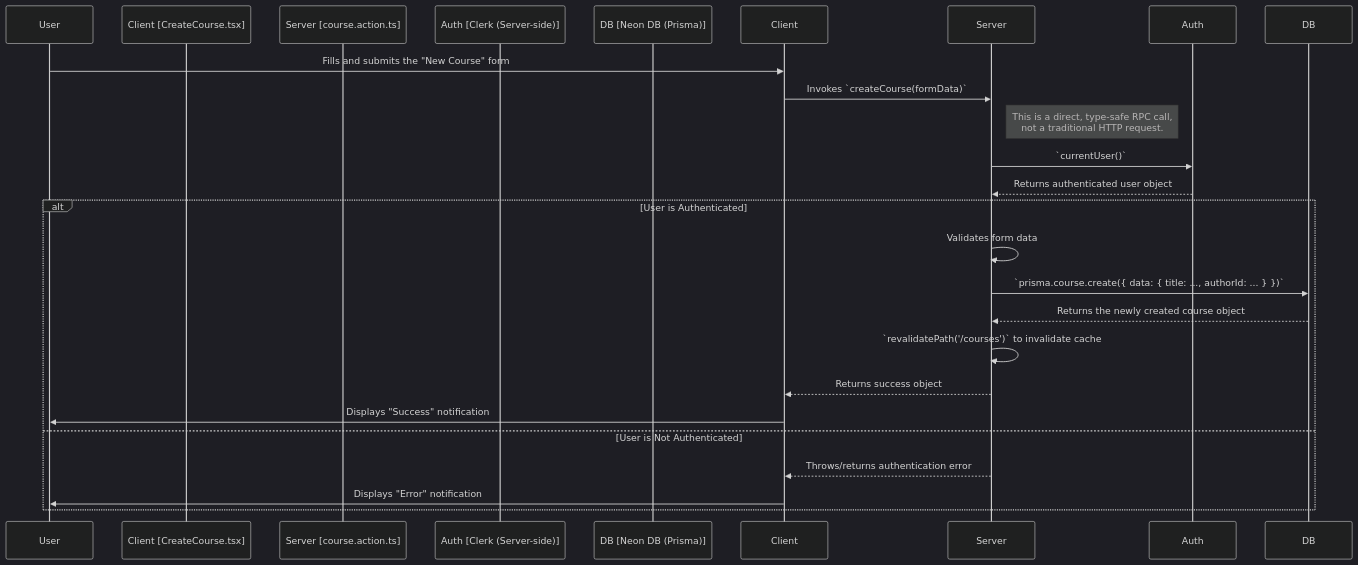
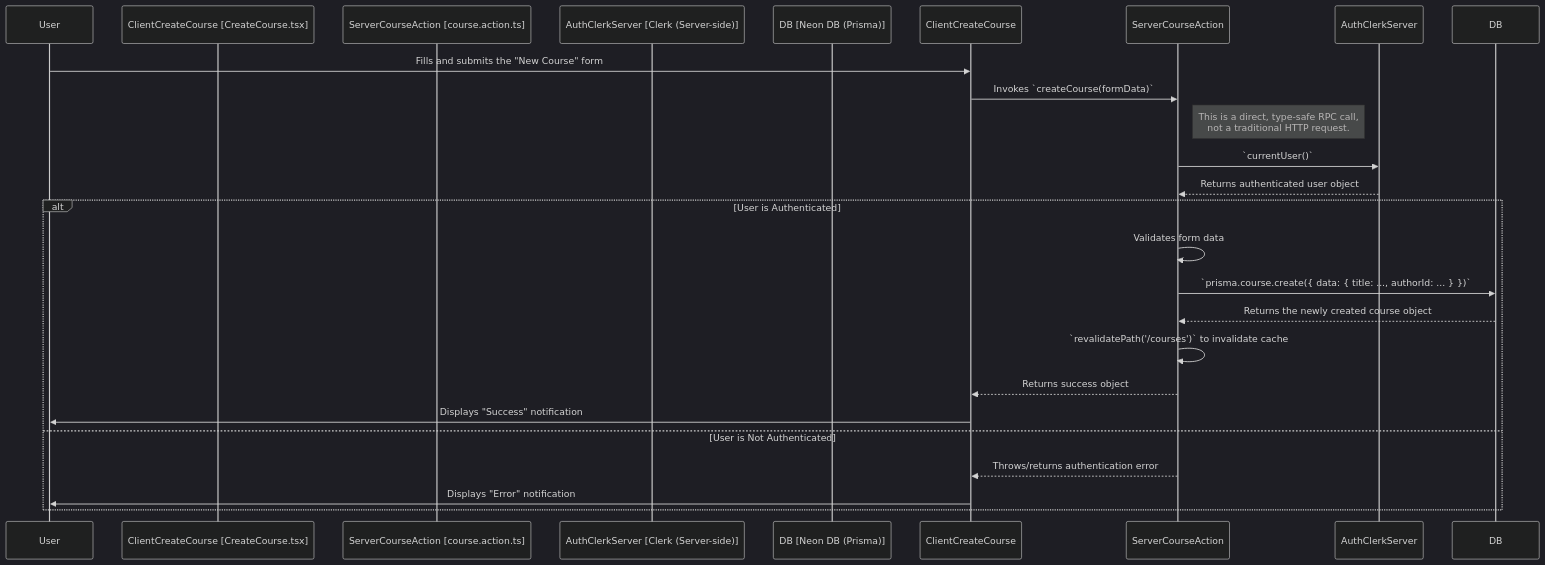
Before and after one commit to UE5DefaultDev/sharehive: the second of 4 diagrams in docs/data-flow.md, drawn with Mermaid (dark theme). The commit also changed other lines of this file and 7 other files, not shown here.

Commit message:
fixed mermaid errors

````diff
--- a/docs/data-flow.md
+++ b/docs/data-flow.md
@@ -53,26 +53,26 @@
 ```mermaid
 sequenceDiagram
     participant User
-    participant Client [CreateCourse.tsx]
-    participant Server [course.action.ts]
-    participant Auth [Clerk (Server-side)]
+    participant ClientCreateCourse [CreateCourse.tsx]
+    participant ServerCourseAction [course.action.ts]
+    participant AuthClerkServer [Clerk (Server-side)]
     participant DB [Neon DB (Prisma)]
 
-    User->>Client: Fills and submits the "New Course" form
-    Client->>Server: Invokes `createCourse(formData)`
-    note right of Server: This is a direct, type-safe RPC call,<br>not a traditional HTTP request.
+    User->>ClientCreateCourse: Fills and submits the "New Course" form
+    ClientCreateCourse->>ServerCourseAction: Invokes `createCourse(formData)`
+    note right of ServerCourseAction: This is a direct, type-safe RPC call,<br/>not a traditional HTTP request.
 
-    Server->>Auth: `currentUser()`
-    Auth-->>Server: Returns authenticated user object
+    ServerCourseAction->>AuthClerkServer: `currentUser()`
+    AuthClerkServer-->>ServerCourseAction: Returns authenticated user object
     alt User is Authenticated
-        Server->>Server: Validates form data
-        Server->>DB: `prisma.course.create({ data: { title: ..., authorId: ... } })`
-        DB-->>Server: Returns the newly created course object
-        Server->>Server: `revalidatePath('/courses')` to invalidate cache
-        Server-->>Client: Returns success object
-        Client->>User: Displays "Success" notification
+        ServerCourseAction->>ServerCourseAction: Validates form data
+        ServerCourseAction->>DB: `prisma.course.create({ data: { title: ..., authorId: ... } })`
+        DB-->>ServerCourseAction: Returns the newly created course object
+        ServerCourseAction->>ServerCourseAction: `revalidatePath('/courses')` to invalidate cache
+        ServerCourseAction-->>ClientCreateCourse: Returns success object
+        ClientCreateCourse->>User: Displays "Success" notification
     else User is Not Authenticated
-        Server-->>Client: Throws/returns authentication error
-        Client->>User: Displays "Error" notification
+        ServerCourseAction-->>ClientCreateCourse: Throws/returns authentication error
+        ClientCreateCourse->>User: Displays "Error" notification
     end
 ```
````
